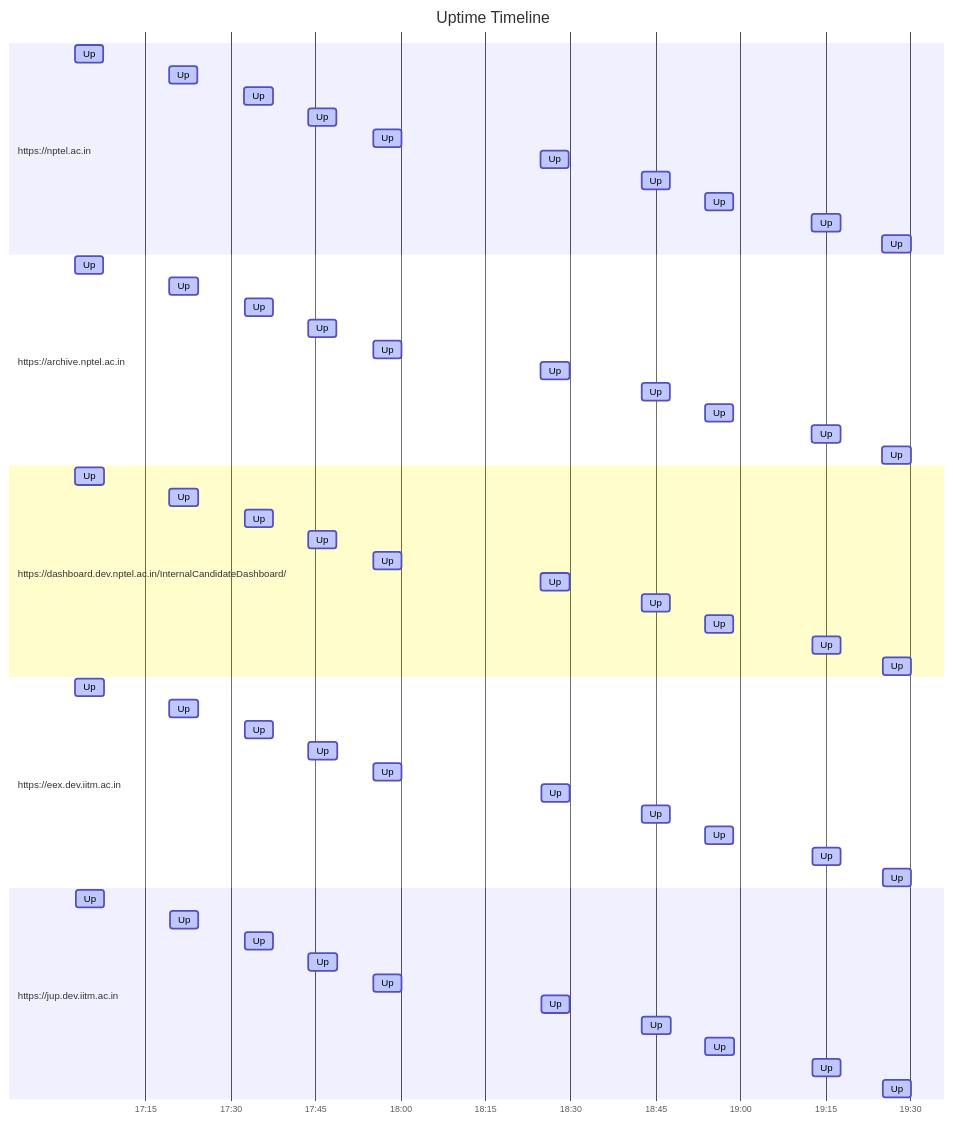
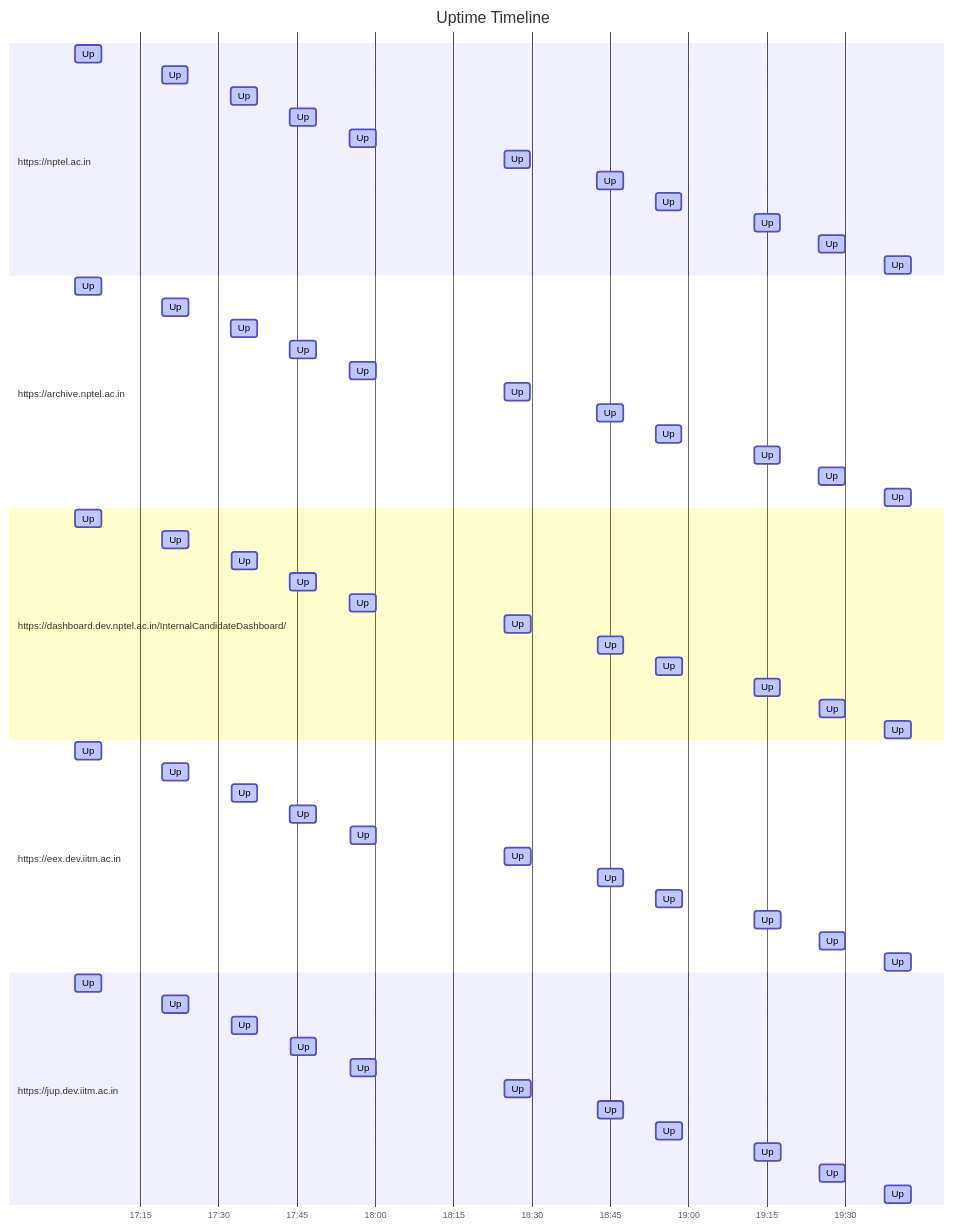
Before and after one commit to nchandra75/monitor: the diagram in results.md, drawn with Mermaid. The commit also changed other lines of this file and 1 other file, not shown here.

````diff
--- a/results.md
+++ b/results.md
@@ -21,61 +21,66 @@
 ```mermaid
 gantt
     title Uptime Timeline
     dateFormat YYYY-MM-DD HH:mm:ss
     axisFormat %H:%M
     section https://nptel.ac.in
         Up: active, 2024-09-13 17:02:35, 5m
         Up: active, 2024-09-13 17:19:13, 5m
         Up: active, 2024-09-13 17:32:28, 5m
         Up: active, 2024-09-13 17:43:43, 5m
         Up: active, 2024-09-13 17:55:11, 5m
         Up: active, 2024-09-13 18:24:46, 5m
         Up: active, 2024-09-13 18:42:34, 5m
         Up: active, 2024-09-13 18:53:45, 5m
         Up: active, 2024-09-13 19:12:36, 5m
         Up: active, 2024-09-13 19:25:02, 5m
+        Up: active, 2024-09-13 19:37:36, 5m
     section https://archive.nptel.ac.in
         Up: active, 2024-09-13 17:02:37, 5m
         Up: active, 2024-09-13 17:19:15, 5m
         Up: active, 2024-09-13 17:32:29, 5m
         Up: active, 2024-09-13 17:43:45, 5m
         Up: active, 2024-09-13 17:55:13, 5m
         Up: active, 2024-09-13 18:24:47, 5m
         Up: active, 2024-09-13 18:42:35, 5m
         Up: active, 2024-09-13 18:53:46, 5m
         Up: active, 2024-09-13 19:12:37, 5m
         Up: active, 2024-09-13 19:25:03, 5m
+        Up: active, 2024-09-13 19:37:38, 5m
     section https://dashboard.dev.nptel.ac.in/InternalCandidateDashboard/
         Up: active, 2024-09-13 17:02:38, 5m
         Up: active, 2024-09-13 17:19:15, 5m
         Up: active, 2024-09-13 17:32:30, 5m
         Up: active, 2024-09-13 17:43:46, 5m
         Up: active, 2024-09-13 17:55:13, 5m
         Up: active, 2024-09-13 18:24:48, 5m
         Up: active, 2024-09-13 18:42:36, 5m
         Up: active, 2024-09-13 18:53:47, 5m
         Up: active, 2024-09-13 19:12:38, 5m
         Up: active, 2024-09-13 19:25:04, 5m
+        Up: active, 2024-09-13 19:37:38, 5m
     section https://eex.dev.iitm.ac.in
         Up: active, 2024-09-13 17:02:39, 5m
         Up: active, 2024-09-13 17:19:16, 5m
         Up: active, 2024-09-13 17:32:31, 5m
         Up: active, 2024-09-13 17:43:47, 5m
         Up: active, 2024-09-13 17:55:15, 5m
         Up: active, 2024-09-13 18:24:50, 5m
         Up: active, 2024-09-13 18:42:37, 5m
         Up: active, 2024-09-13 18:53:48, 5m
         Up: active, 2024-09-13 19:12:39, 5m
         Up: active, 2024-09-13 19:25:05, 5m
+        Up: active, 2024-09-13 19:37:40, 5m
     section https://jup.dev.iitm.ac.in
         Up: active, 2024-09-13 17:02:40, 5m
         Up: active, 2024-09-13 17:19:17, 5m
         Up: active, 2024-09-13 17:32:32, 5m
         Up: active, 2024-09-13 17:43:48, 5m
         Up: active, 2024-09-13 17:55:16, 5m
         Up: active, 2024-09-13 18:24:51, 5m
         Up: active, 2024-09-13 18:42:38, 5m
         Up: active, 2024-09-13 18:53:49, 5m
         Up: active, 2024-09-13 19:12:40, 5m
         Up: active, 2024-09-13 19:25:06, 5m
+        Up: active, 2024-09-13 19:37:40, 5m
 ```
````
